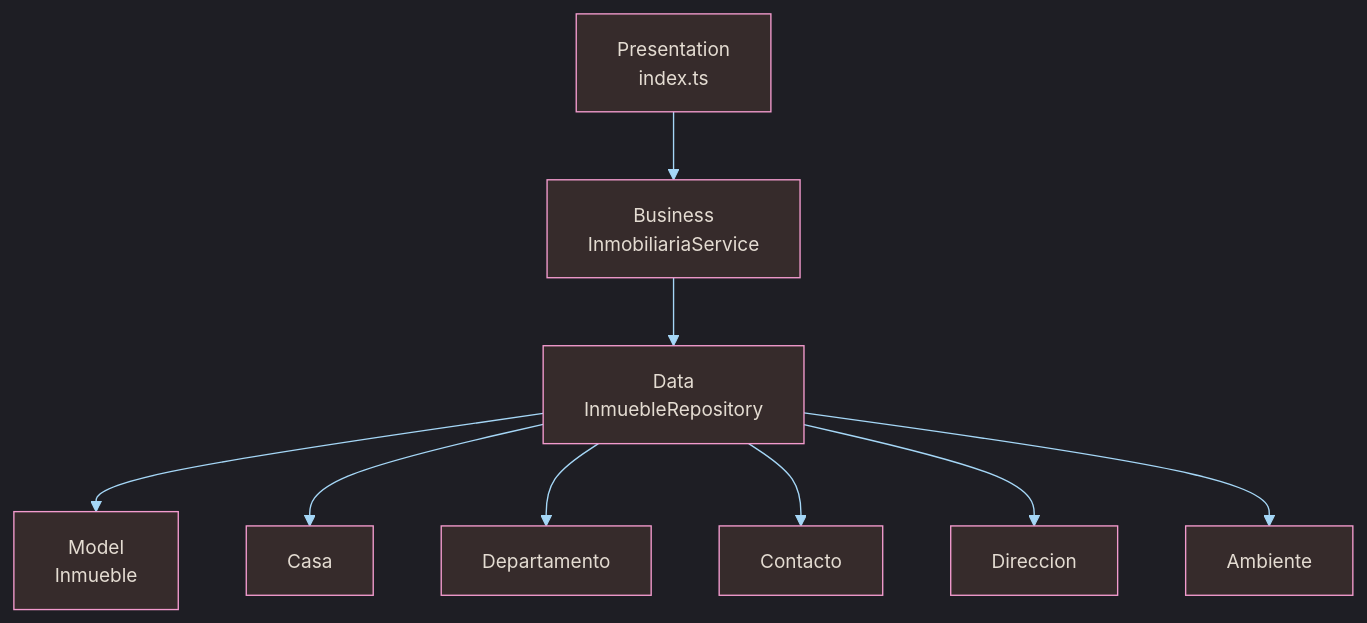
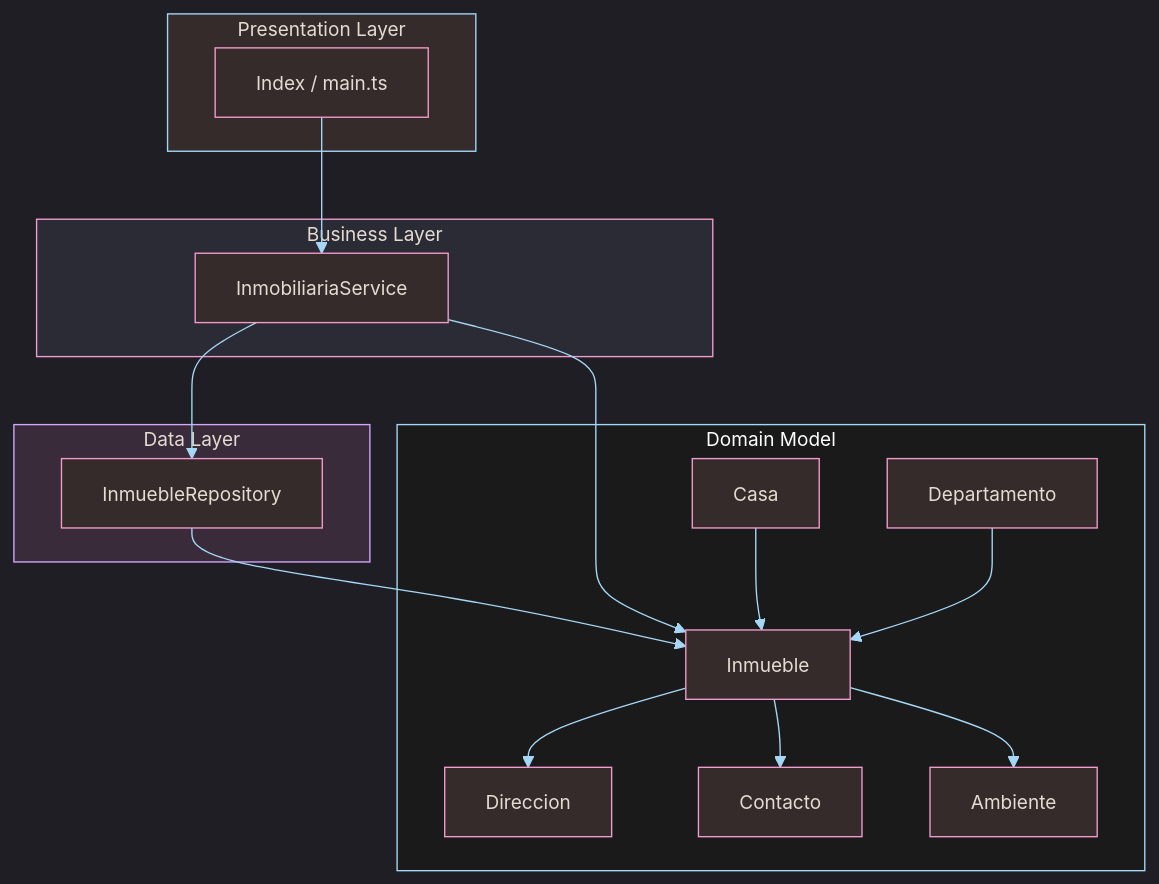
The diagram in bootsrap/src/Ejercicios POO/18_inmobiliaria_capas/arq_capas.mmd (Elianayc/Typescript), drawn with Mermaid before and after one commit. The commit also changed 1 other file, not shown here.

Commit message:
Diagramas actualizador.

```diff
--- a/bootsrap/src/Ejercicios POO/18_inmobiliaria_capas/arq_capas.mmd
+++ b/bootsrap/src/Ejercicios POO/18_inmobiliaria_capas/arq_capas.mmd
@@ -1,25 +1,58 @@
 %%{init: { 
     'theme': 'dark', 
     'themeVariables': { 
-                        'background': '#121212', 
-                        'lineColor': '#a5d7f7', 
-                        'fontFamily': 'Cascadia Code, Fira Code, Consolas, Courier New, monospace', 
-                        'fontSize': '14px' 
-        }, 
-        'themeCSS': 'path { stroke-width: 1.5px !important; }' 
-    } }%%
+        'background': '#121212', 
+        'lineColor': '#a5d7f7', 
+        'fontFamily': 'Cascadia Code, Fira Code, Consolas, Courier New, monospace', 
+        'fontSize': '14px' 
+    }
+} }%%
 
 flowchart TD
 
-A[Presentation<br/>index.ts] --> B[Business<br/>InmobiliariaService]
-B --> C[Data<br/>InmuebleRepository]
+%% PRESENTATION
+subgraph P[Presentation Layer]
+    Index[Index / main.ts]
+end
 
-C --> D[Model<br/>Inmueble]
-C --> D2[Casa]
-C --> D3[Departamento]
-C --> D4[Contacto]
-C --> D5[Direccion]
-C --> D6[Ambiente]
 
-%%Colores de las cajitas
+%% BUSINESS
+subgraph B[Business Layer]
+    Service[InmobiliariaService]
+end
+
+%% DATA
+subgraph D[Data Layer]
+    Repo[InmuebleRepository]
+end
+
+%% DOMAIN
+subgraph M[Domain Model]
+    Inmueble
+    Casa
+    Departamento
+    Direccion
+    Contacto
+    Ambiente
+end
+
+%% FLUJO
+Index --> Service
+Service --> Repo
+
+Repo --> Inmueble
+Service --> Inmueble
+
+Casa --> Inmueble
+Departamento --> Inmueble
+Inmueble --> Direccion
+Inmueble --> Contacto
+Inmueble --> Ambiente
+
+%% ESTILO
+style P fill:#362b2b,stroke:#a5d7f7,color:#e4dcd2
+style B fill:#2b2b36,stroke:#f39bce,color:#e4dcd2
+style D fill:#3a2b3a,stroke:#d0a6ff,color:#e4dcd2
+style M fill:#1a1a1a,stroke:#a5d7f7,color:#ffffff
+
 classDef default fill:#362b2b,stroke:#f39bce,color:#e4dcd2
```
